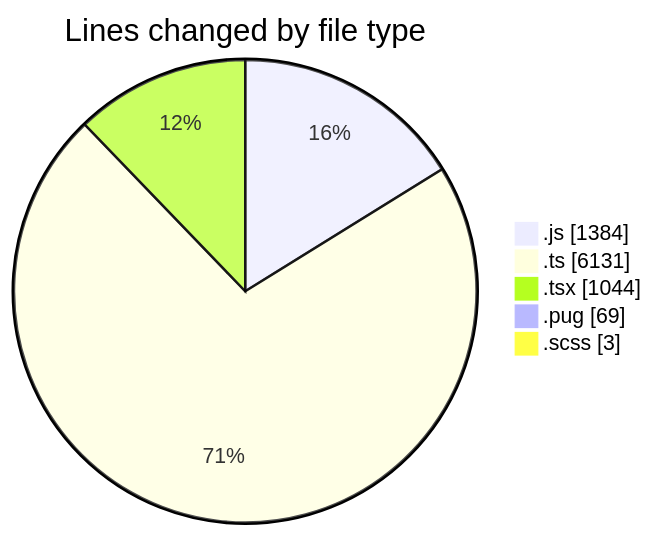
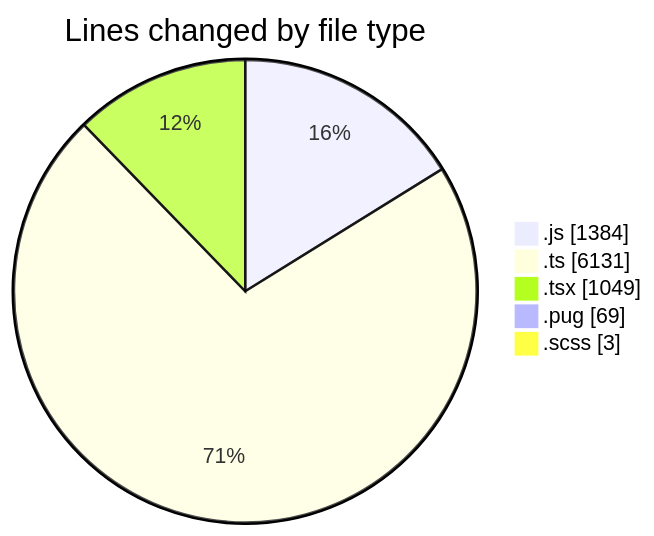
The first of 2 diagrams in 2025-03-25/cda/README.md (momahboobian/code-tracking), drawn with Mermaid before and after one commit. The commit also changed other lines of this file and 1 other file, not shown here.

````diff
--- a/2025-03-25/cda/README.md
+++ b/2025-03-25/cda/README.md
@@ -37,9 +37,9 @@
 ```mermaid
 pie showData
 title Lines changed by file type
 ".js" : 1384
 ".ts" : 6131
-".tsx" : 1044
+".tsx" : 1049
 ".pug" : 69
 ".scss" : 3
 ```
````
